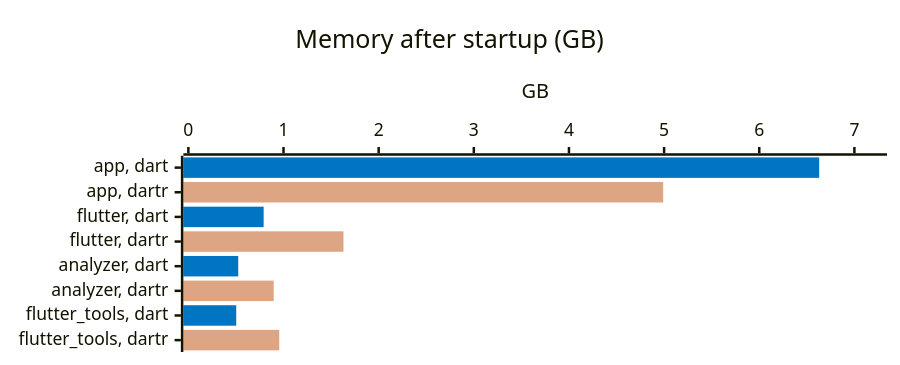
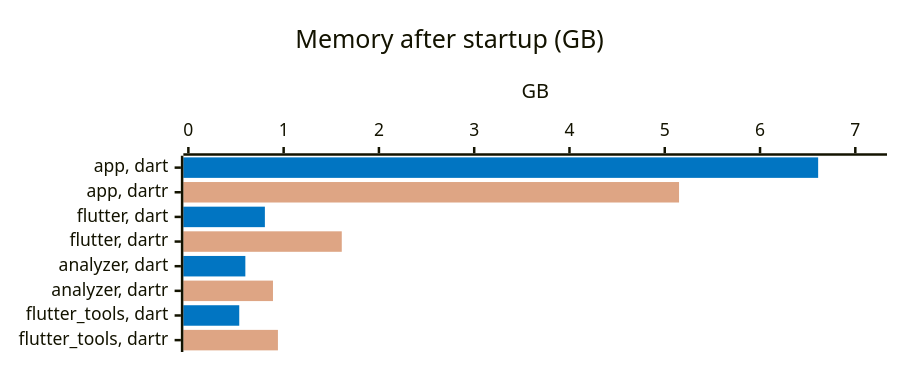
Before and after one commit to orestesgaolin/dartr: the ninth of 14 diagrams in docs/BENCHMARKS.md, drawn with Mermaid. The commit also changed other lines of this file and 1 other file, not shown here.

Commit message:
docs(bench): results after CPU round 5 and the plugin fix; charts updated

````diff
--- a/docs/BENCHMARKS.md
+++ b/docs/BENCHMARKS.md
@@ -169,17 +169,17 @@
 ```mermaid
 ---
 config:
   xyChart:
     height: 272
   themeVariables:
     xyChart:
       plotColorPalette: "#0175C2, #DEA584"
 ---
 xychart-beta horizontal
     %% -100 = no bar: one series per measurement gives each its own color
     title "Memory after startup (GB)"
     x-axis ["app, dart", "app, dartr", "flutter, dart", "flutter, dartr", "analyzer, dart", "analyzer, dartr", "flutter_tools, dart", "flutter_tools, dartr"]
-    y-axis "GB" 0 --> 7.29
-    bar [6.63, -100, 0.791, -100, 0.524, -100, 0.503, -100]
-    bar [-100, 4.99, -100, 1.63, -100, 0.897, -100, 0.955]
+    y-axis "GB" 0 --> 7.28
+    bar [6.61, -100, 0.803, -100, 0.598, -100, 0.534, -100]
+    bar [-100, 5.15, -100, 1.61, -100, 0.888, -100, 0.94]
 ```
````
